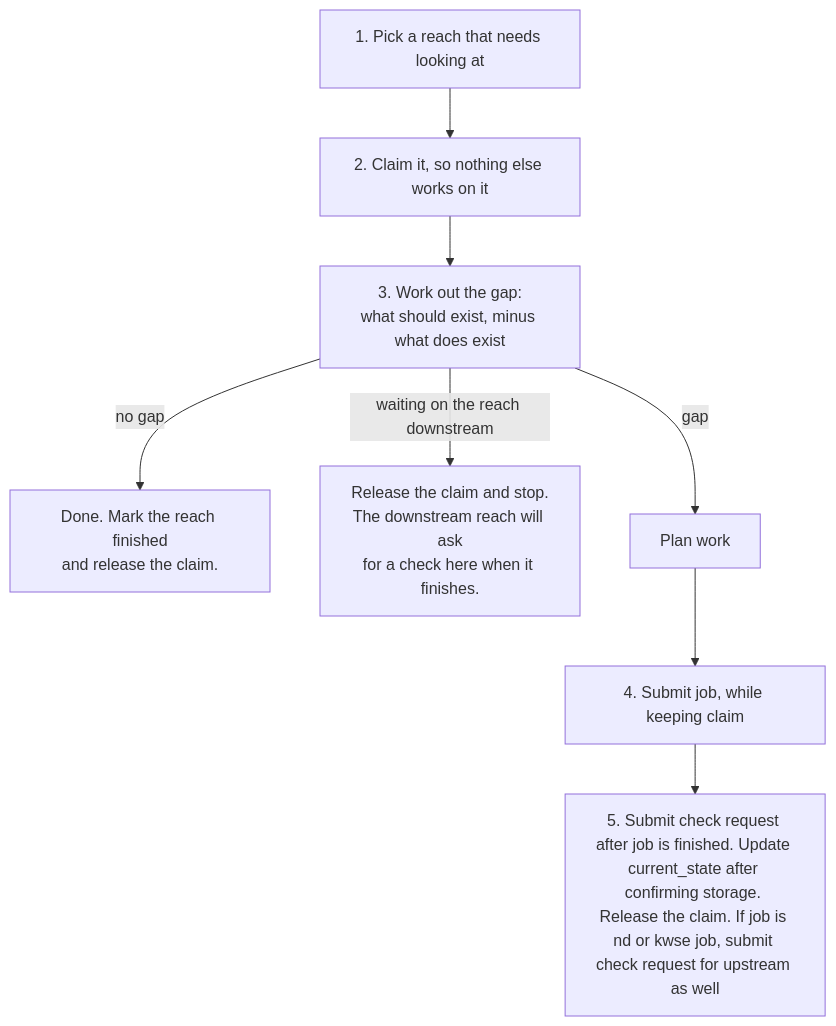
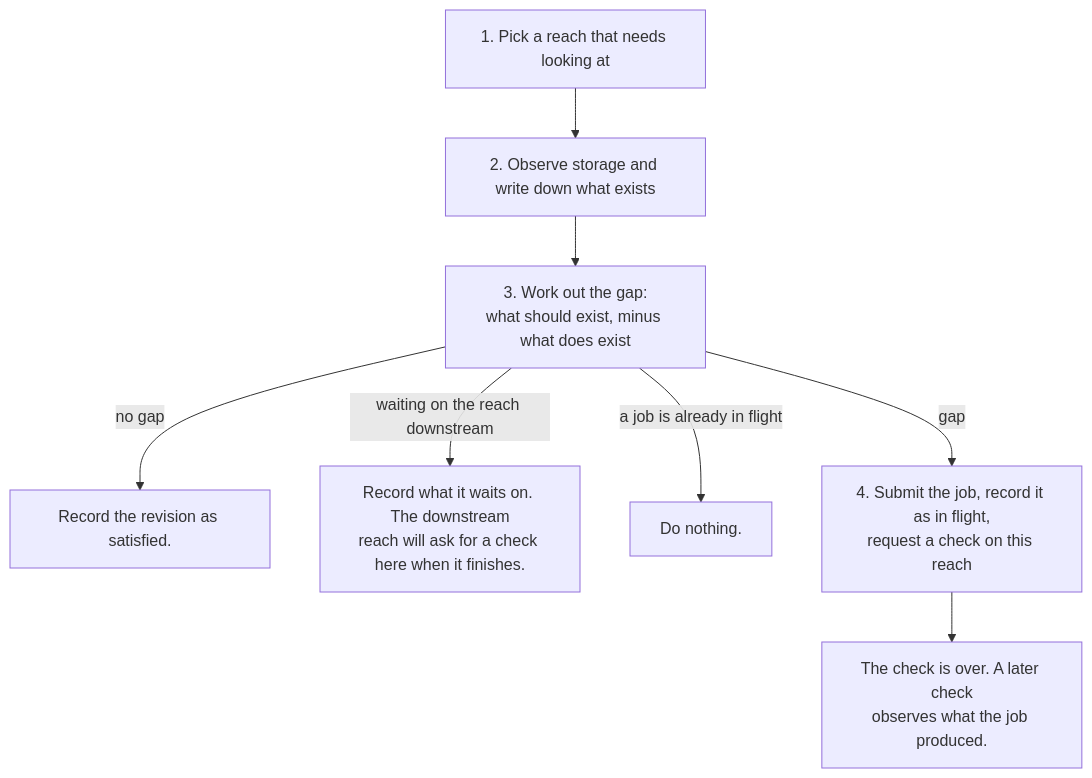
One commit to NGWPC/twod-fim-knowledge-base changed the second of 3 diagrams in system-design/reconciliation-loop.md. Above: the diagram before and after it, drawn with Mermaid. The commit also changed other lines of this file, not shown here.

Commit message:
Clarify job processing steps

````diff
--- a/system-design/reconciliation-loop.md
+++ b/system-design/reconciliation-loop.md
@@ -39,10 +44,10 @@
 ```mermaid
 flowchart TD
-    A["1. Pick a reach that needs looking at"] --> B["2. Claim it, so nothing else works on it"]
-    B --> D["3. Work out the gap:<br/>what should exist, minus what does exist"]
-    D -->|"no gap"| E["Done. Mark the reach finished<br/>and release the claim."]
-    D -->|"waiting on the reach downstream"| F["Release the claim and stop.<br/>The downstream reach will ask<br/>for a check here when it finishes."]
-    D -->|"gap"| G["Plan work"]
-    G --> H["4. Submit job, while keeping claim"]
-    H --> I["5. Submit check request after job is finished. Update current_state after confirming storage. Release the claim. If job is nd or kwse job, submit check request for upstream as well"]
+    A["1. Pick a reach that needs looking at"] --> O["2. Observe storage and write down what exists"]
+    O --> D["3. Work out the gap:<br/>what should exist, minus what does exist"]
+    D -->|"no gap"| E["Record the revision as satisfied."]
+    D -->|"waiting on the reach downstream"| F["Record what it waits on. The downstream<br/>reach will ask for a check here when it finishes."]
+    D -->|"a job is already in flight"| G["Do nothing."]
+    D -->|"gap"| H["4. Submit the job, record it as in flight,<br/>request a check on this reach"]
+    H --> I["The check is over. A later check<br/>observes what the job produced."]
 ```
````
